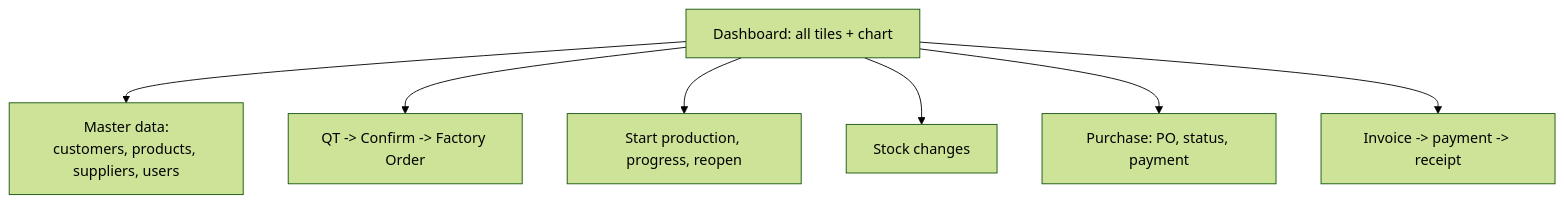
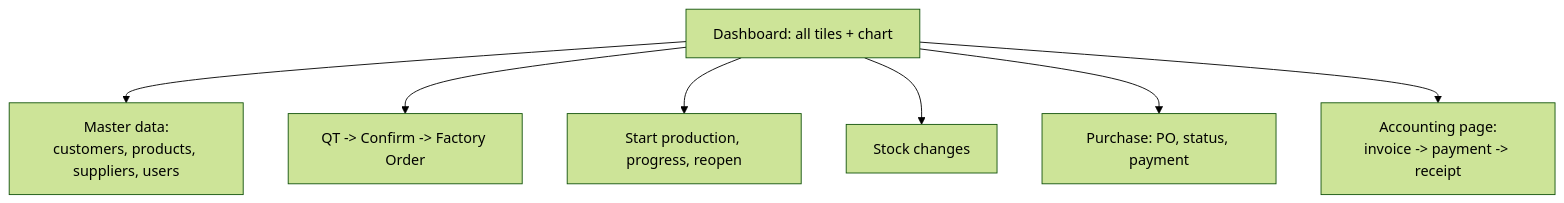
Before and after one commit to Detmon0410/Base_Sample_ERP: the third of 4 diagrams in ProjectdocInfo/User Flow.md, drawn with Mermaid (forest theme). The commit also changed other lines of this file and 11 other files, not shown here.

Commit message:
Docs: the diagrams, the API notes and the README follow the one-page Sales and Accounting, and Today

````diff
--- a/ProjectdocInfo/User Flow.md
+++ b/ProjectdocInfo/User Flow.md
@@ -40,9 +39,9 @@
 ```mermaid
 flowchart TD
     D[Dashboard: all tiles + chart] --> M[Master data:<br/>customers, products, suppliers, users]
     D --> Sale[QT -> Confirm -> Factory Order]
     D --> Fac[Start production, progress, reopen]
     D --> Stk[Stock changes]
     D --> Pur[Purchase: PO, status, payment]
-    D --> Acc[Invoice -> payment -> receipt]
+    D --> Acc[Accounting page:<br/>invoice -> payment -> receipt]
 ```
````
